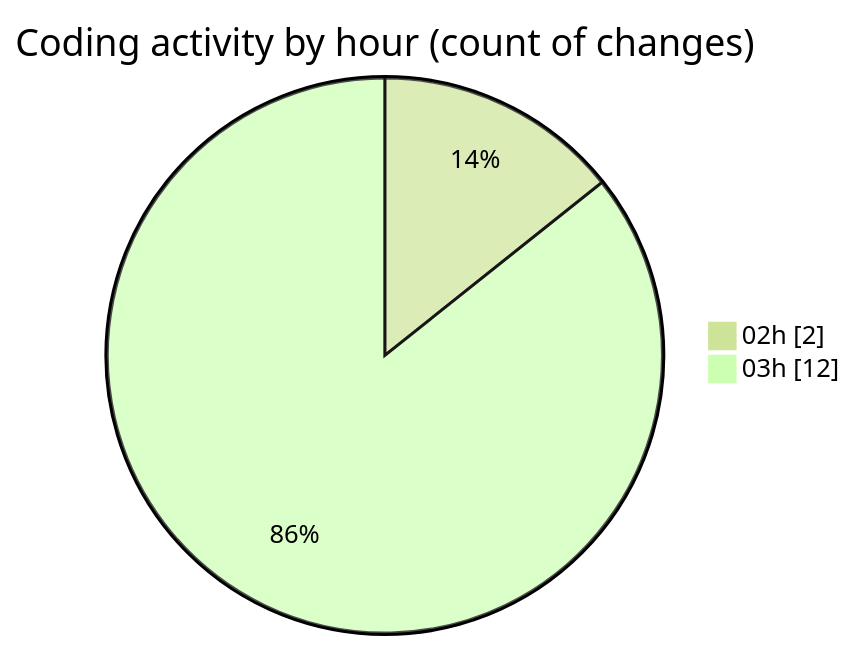
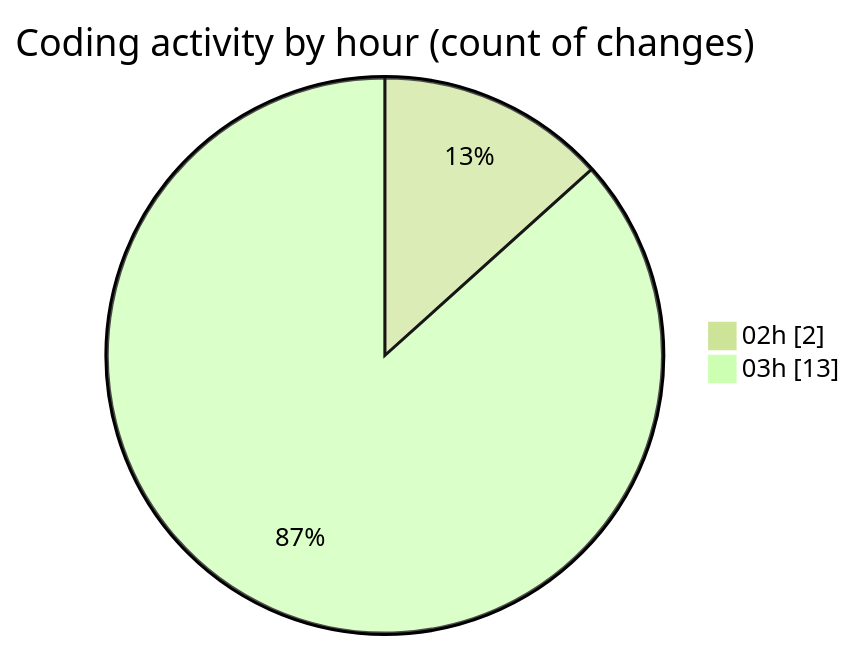
The second of 2 diagrams in 2025-11-28/eventscop-frontend-guide__workspace_/README.md (julien-gomy/code-tracking), drawn with Mermaid (forest theme) before and after one commit. The commit also changed other lines of this file and 1 other file, not shown here.

````diff
--- a/2025-11-28/eventscop-frontend-guide__workspace_/README.md
+++ b/2025-11-28/eventscop-frontend-guide__workspace_/README.md
@@ -31,6 +31,6 @@
 ```mermaid
 pie showData
 title Coding activity by hour (count of changes)
 "02h" : 2
-"03h" : 12
+"03h" : 13
 ```
````
